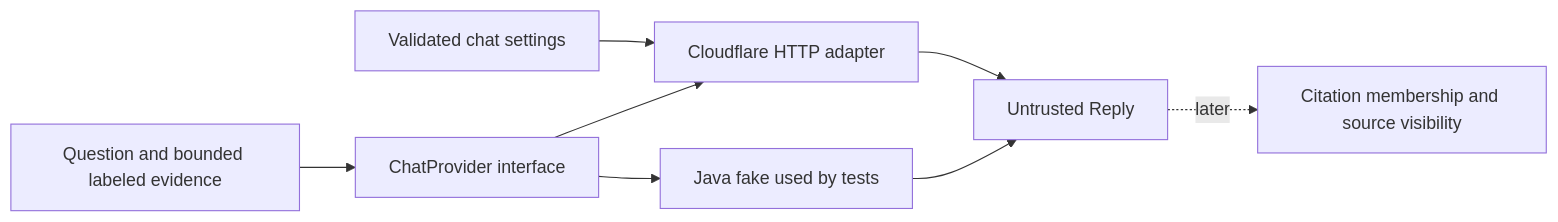
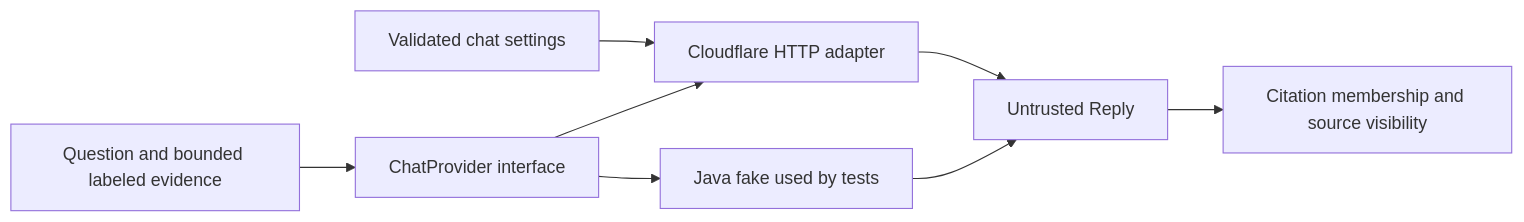
One commit to FarukValjevac/SecondBrain changed diagram 25 of 31 in .learnigns/embedding-contract-guide.md. Above: the diagram before and after it, drawn with Mermaid. The commit also changed other lines of this file and 15 other files, not shown here.

````diff
--- a/.learnigns/embedding-contract-guide.md
+++ b/.learnigns/embedding-contract-guide.md
@@ -1243,10 +1243,10 @@
 ```mermaid
 flowchart LR
     Settings[Validated chat settings] --> Adapter[Cloudflare HTTP adapter]
     Request[Question and bounded labeled evidence] --> Contract[ChatProvider interface]
     Contract --> Fake[Java fake used by tests]
     Contract --> Adapter
     Fake --> Candidate[Untrusted Reply]
     Adapter --> Candidate
-    Candidate -. later .-> Validation[Citation membership and source visibility]
+    Candidate --> Validation[Citation membership and source visibility]
 ```
````
